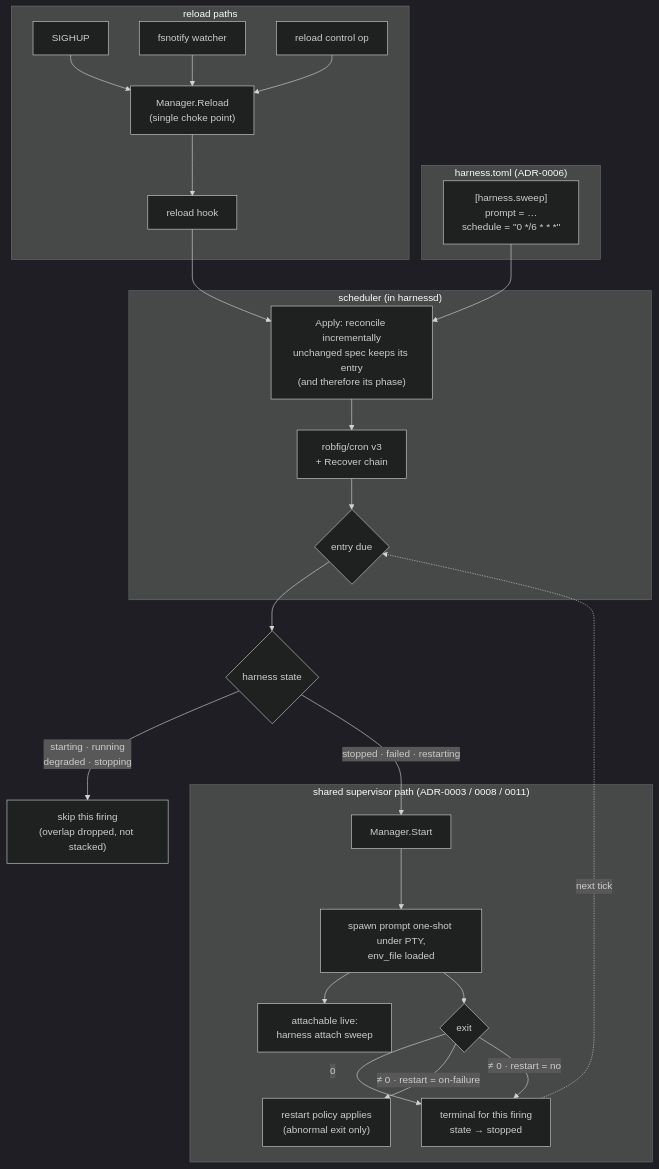
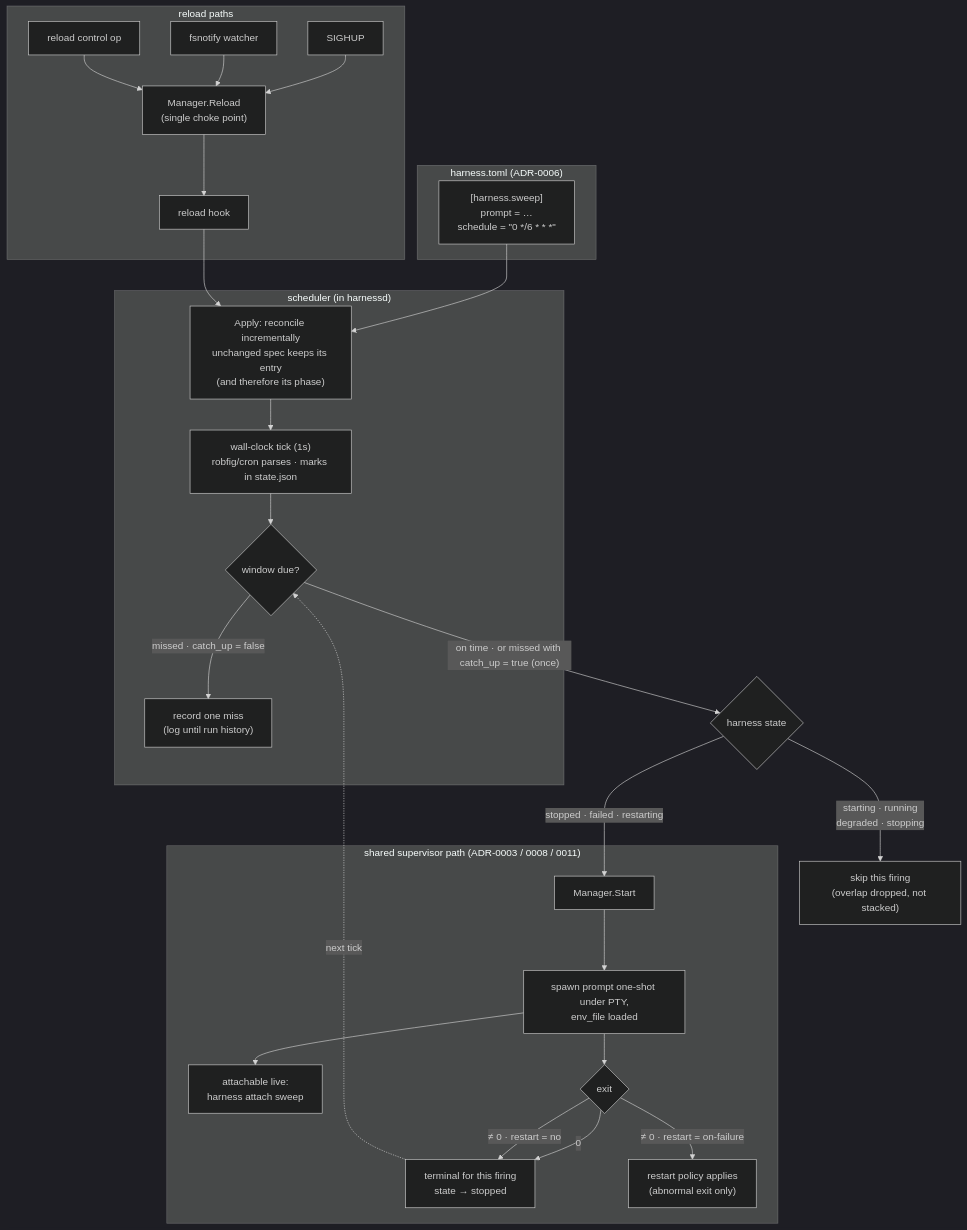
The diagram in docs/adrs/adr-0013-scheduled-one-shot-jobs.md (stump-wtf/harness), drawn with Mermaid (dark theme) before and after one commit. The commit also changed other lines of this file and 3 other files, not shown here.

````diff
--- a/docs/adrs/adr-0013-scheduled-one-shot-jobs.md
+++ b/docs/adrs/adr-0013-scheduled-one-shot-jobs.md
@@ -384,37 +471,38 @@
 ```mermaid
 flowchart TD
     subgraph cfg["harness.toml (ADR-0006)"]
         C["[harness.sweep]<br/>prompt = …<br/>schedule = &quot;0 */6 * * *&quot;"]
     end
 
     subgraph reload["reload paths"]
         SIG["SIGHUP"] --> RL
         WATCH["fsnotify watcher"] --> RL
         OP["reload control op"] --> RL
         RL["Manager.Reload<br/>(single choke point)"] --> HOOK["reload hook"]
     end
 
     C --> APPLY
     HOOK --> APPLY
 
     subgraph sched["scheduler (in harnessd)"]
         APPLY["Apply: reconcile incrementally<br/>unchanged spec keeps its entry<br/>(and therefore its phase)"]
-        APPLY --> CRON["robfig/cron v3<br/>+ Recover chain"]
-        CRON --> TICK{"entry due"}
+        APPLY --> CRON["wall-clock tick (1s)<br/>robfig/cron parses · marks in state.json"]
+        CRON --> TICK{"window due?"}
+        TICK -->|"missed · catch_up = false"| MISS["record one miss<br/>(log until run history)"]
     end
 
-    TICK --> GUARD{"harness state"}
+    TICK -->|"on time · or missed with catch_up = true (once)"| GUARD{"harness state"}
     GUARD -->|"starting · running<br/>degraded · stopping"| SKIP["skip this firing<br/>(overlap dropped, not stacked)"]
     GUARD -->|"stopped · failed · restarting"| START["Manager.Start"]
 
     subgraph exec["shared supervisor path (ADR-0003 / 0008 / 0011)"]
         START --> SPAWN["spawn prompt one-shot under PTY,<br/>env_file loaded"]
         SPAWN --> ATT["attachable live:<br/>harness attach sweep"]
         SPAWN --> EXIT{"exit"}
         EXIT -->|"0"| DONE["terminal for this firing<br/>state → stopped"]
         EXIT -->|"≠ 0 · restart = on-failure"| RETRY["restart policy applies<br/>(abnormal exit only)"]
         EXIT -->|"≠ 0 · restart = no"| DONE
     end
 
     DONE -.->|"next tick"| TICK
 ```
````
